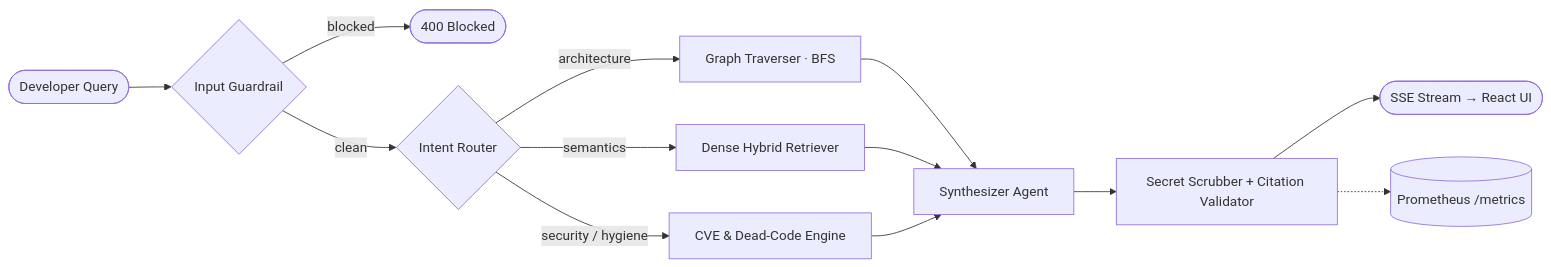
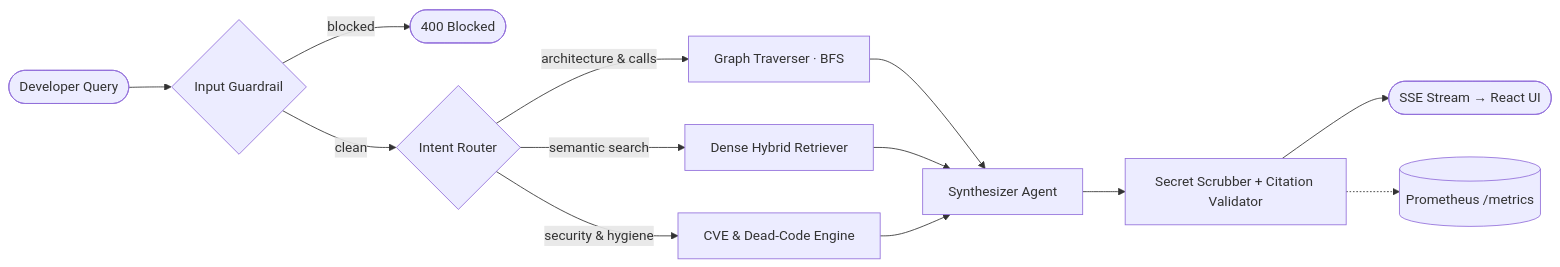
The diagram in README.md (Mayank459/Mayank459), drawn with Mermaid before and after one commit. The commit also changed other lines of this file and 2 other files, not shown here.

````diff
--- a/README.md
+++ b/README.md
@@ -103,15 +131,15 @@
 ```mermaid
 flowchart LR
     Q([Developer Query]) --> IG{Input Guardrail}
     IG -->|blocked| X([400 Blocked])
     IG -->|clean| R{Intent Router}
-    R -->|architecture| BFS[Graph Traverser · BFS]
-    R -->|semantics| VEC[Dense Hybrid Retriever]
-    R -->|security / hygiene| AUD[CVE & Dead-Code Engine]
+    R -->|architecture & calls| BFS[Graph Traverser · BFS]
+    R -->|semantic search| VEC[Dense Hybrid Retriever]
+    R -->|security & hygiene| AUD[CVE & Dead-Code Engine]
     BFS --> S[Synthesizer Agent]
     VEC --> S
     AUD --> S
     S --> OG[Secret Scrubber + Citation Validator]
     OG --> UI([SSE Stream → React UI])
     OG -.-> M[(Prometheus /metrics)]
 ```
````
